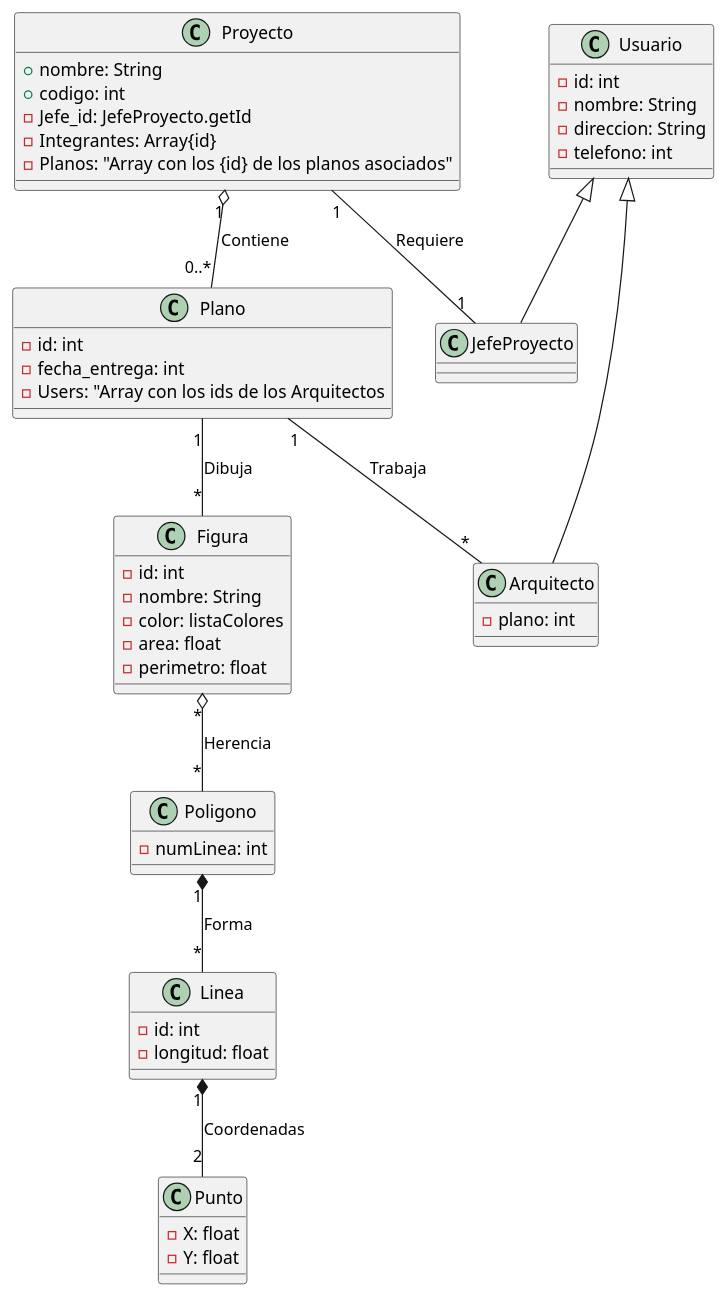
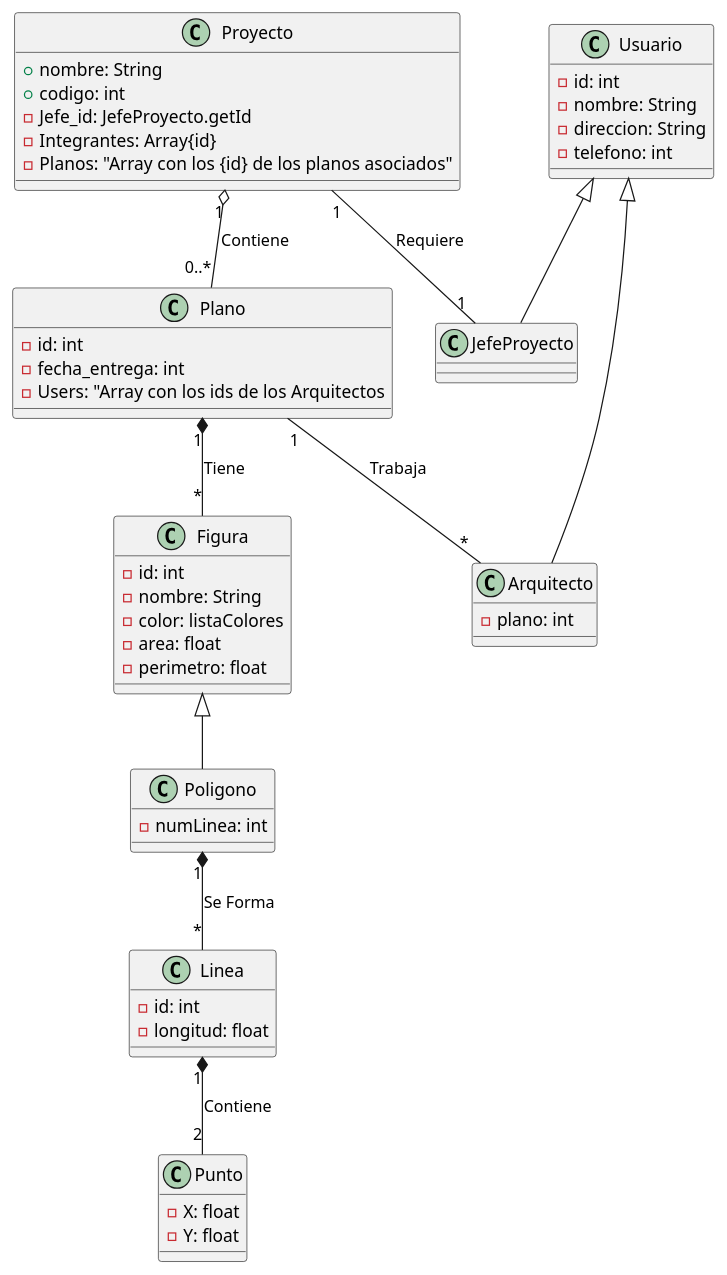
The diagram in UML.puml (Asshess/poo-lab), drawn with PlantUML before and after one commit. The commit also changed 2 other files, not shown here.

Commit message:
added: Claude UML

```diff
--- a/UML.puml
+++ b/UML.puml
@@ -1,63 +1,62 @@
 @startuml
 
 class Proyecto {
     + nombre: String
     + codigo: int 
     - Jefe_id: JefeProyecto.getId 
     - Integrantes: Array{id}
     - Planos: "Array con los {id} de los planos asociados"
 
 }
 
 class Usuario{
     - id: int 
     - nombre: String 
     - direccion: String 
     - telefono: int 
 }
 
 class Plano{
     - id: int
     - fecha_entrega: int
     - Users: "Array con los ids de los Arquitectos
 }
 
 class Figura{
     - id: int 
     - nombre: String 
     - color: listaColores
     - area: float 
     - perimetro: float 
 }
 
 class JefeProyecto extends Usuario{
 
 }
 
 class Arquitecto extends Usuario{
     - plano: int
 }
 
-class Poligono{
+class Poligono extends Figura{
     - numLinea: int
 }
 
 class Punto{
     - X: float
     - Y: float
 }
 
 class Linea{
     - id: int 
     - longitud: float 
 }
 
 Proyecto "1" -- "1" JefeProyecto : Requiere
 Proyecto "1" o-- "0..*" Plano : Contiene
-Plano "1" -- "*" Figura : Dibuja
-Poligono "1" *-- "*" Linea : Forma
-Linea "1" *-- "2" Punto : Coordenadas
+Plano "1" *-- "*" Figura : Tiene
+Poligono "1" *-- "*" Linea : Se Forma
+Linea "1" *-- "2" Punto : Contiene
 Plano "1" -- "*" Arquitecto : Trabaja
-Figura "*" o-- "*" Poligono : Herencia
 
 @enduml
```
